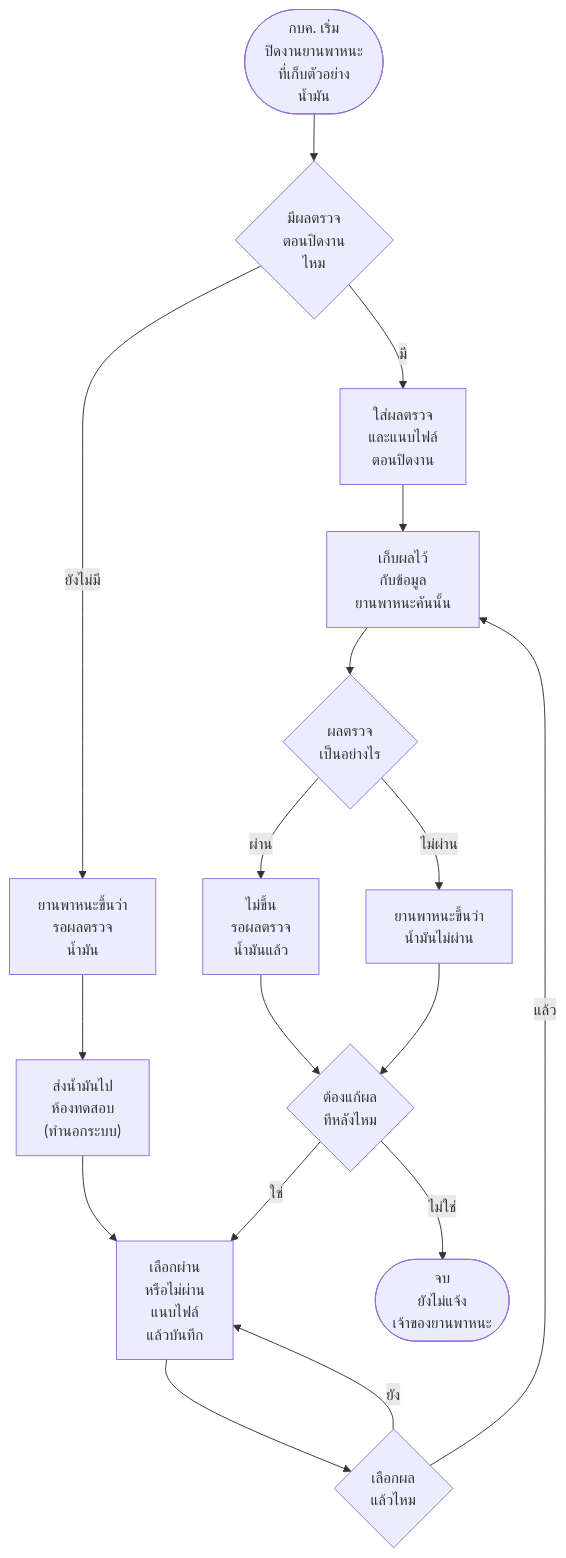
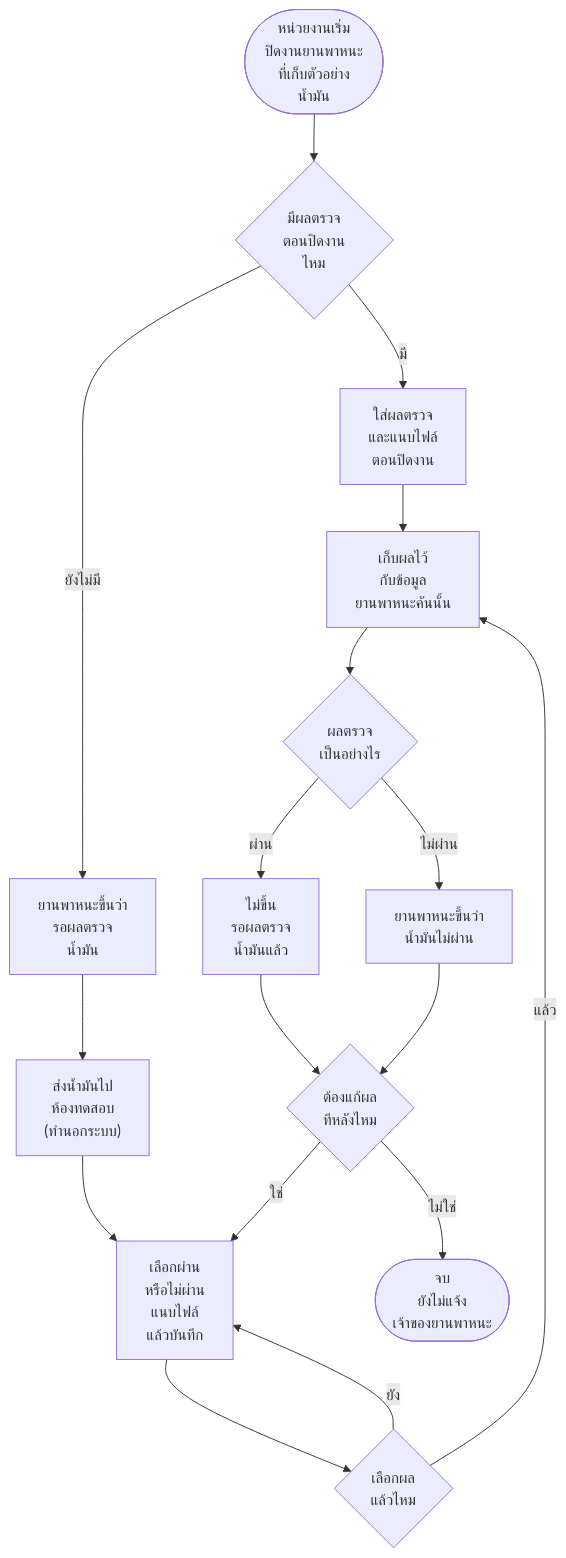
Diagram 13 of 20 in Diagram/01-บำรุงรักษาตามวาระ/27-บำรุงรักษา-flowchart-กิจกรรม.md (anugmail/Maintenance-Request-Form), drawn with Mermaid before and after one commit. The commit also changed other lines of this file and 7 other files, not shown here.

````diff
--- a/Diagram/01-บำรุงรักษาตามวาระ/27-บำรุงรักษา-flowchart-กิจกรรม.md
+++ b/Diagram/01-บำรุงรักษาตามวาระ/27-บำรุงรักษา-flowchart-กิจกรรม.md
@@ -262,19 +262,19 @@
 ```mermaid
 flowchart TD
-    S(["กบค. เริ่ม<br/>ปิดงานยานพาหนะ<br/>ที่เก็บตัวอย่าง<br/>น้ำมัน"]) --> Q1{"มีผลตรวจ<br/>ตอนปิดงาน<br/>ไหม"}
+    S(["หน่วยงานเริ่ม<br/>ปิดงานยานพาหนะ<br/>ที่เก็บตัวอย่าง<br/>น้ำมัน"]) --> Q1{"มีผลตรวจ<br/>ตอนปิดงาน<br/>ไหม"}
     Q1 -->|มี| A1["ใส่ผลตรวจ<br/>และแนบไฟล์<br/>ตอนปิดงาน"]
     Q1 -->|ยังไม่มี| A2["ยานพาหนะขึ้นว่า<br/>รอผลตรวจ<br/>น้ำมัน"]
     A2 --> A3["ส่งน้ำมันไป<br/>ห้องทดสอบ<br/>(ทำนอกระบบ)"]
     A3 --> A4["เลือกผ่าน<br/>หรือไม่ผ่าน<br/>แนบไฟล์<br/>แล้วบันทึก"]
     A4 --> Q2{"เลือกผล<br/>แล้วไหม"}
     Q2 -->|ยัง| A4
     Q2 -->|แล้ว| A5
     A1 --> A5["เก็บผลไว้<br/>กับข้อมูล<br/>ยานพาหนะคันนั้น"]
     A5 --> Q3{"ผลตรวจ<br/>เป็นอย่างไร"}
     Q3 -->|ผ่าน| A6["ไม่ขึ้น<br/>รอผลตรวจ<br/>น้ำมันแล้ว"]
     Q3 -->|ไม่ผ่าน| A7["ยานพาหนะขึ้นว่า<br/>น้ำมันไม่ผ่าน"]
     A6 --> Q4
     A7 --> Q4{"ต้องแก้ผล<br/>ทีหลังไหม"}
     Q4 -->|ใช่| A4
     Q4 -->|ไม่ใช่| E(["จบ<br/>ยังไม่แจ้ง<br/>เจ้าของยานพาหนะ"])
 ```
````
